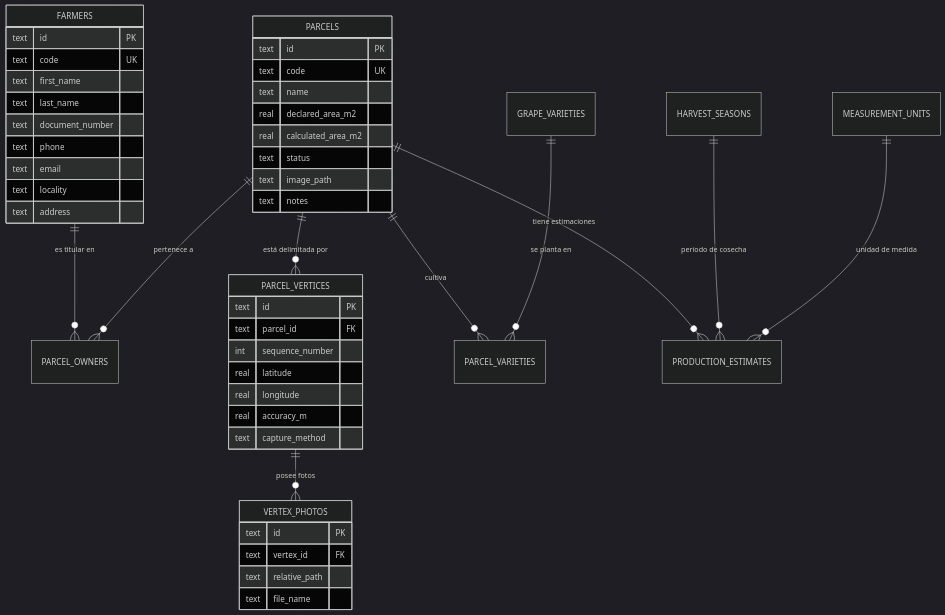
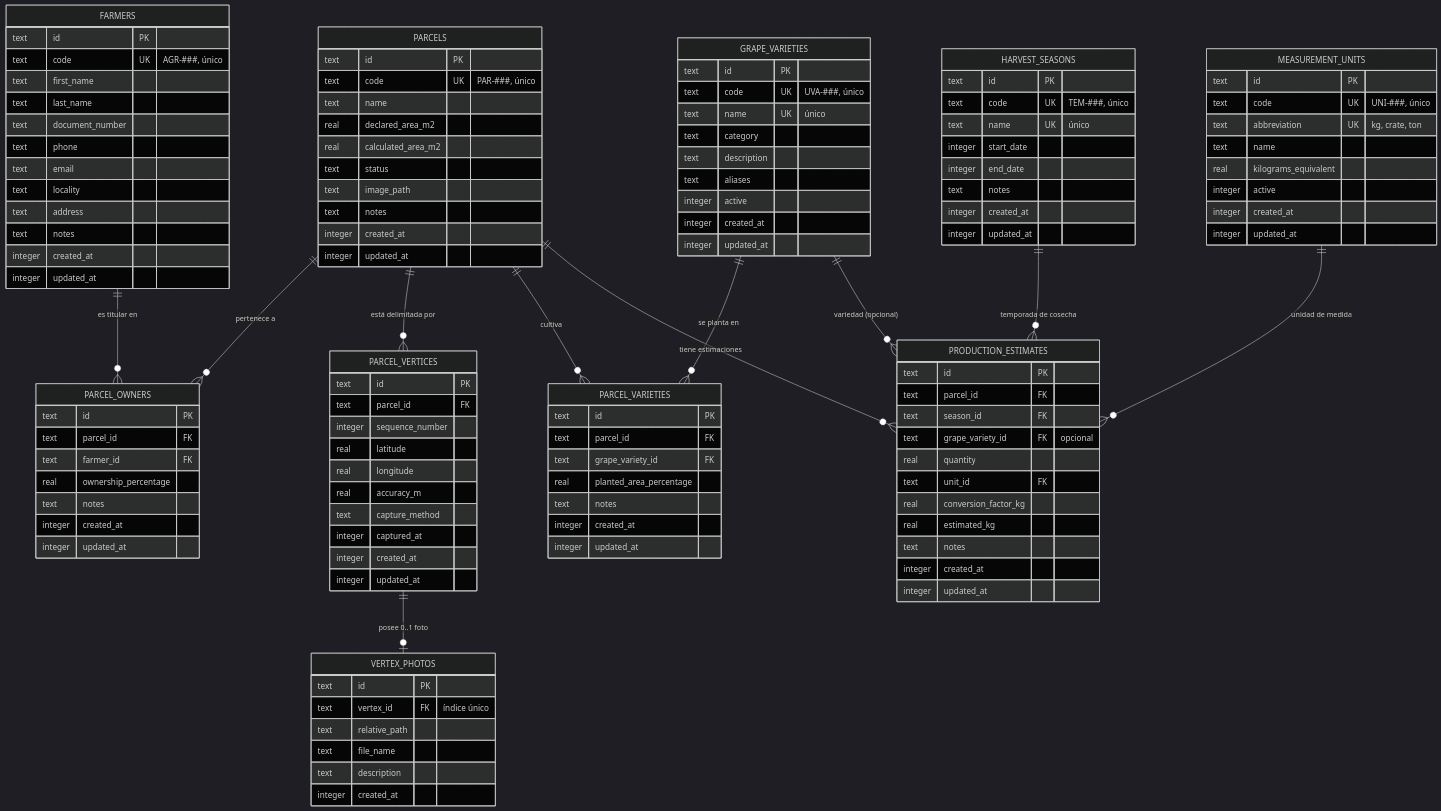
The diagram in README.md (ItsMeEli173/CatastroDemo), drawn with Mermaid (dark theme) before and after one commit. The commit also changed other lines of this file, not shown here.

````diff
--- a/README.md
+++ b/README.md
@@ -130,16 +138,17 @@
     FARMERS ||--o{ PARCEL_OWNERS : "es titular en"
     PARCELS ||--o{ PARCEL_OWNERS : "pertenece a"
     PARCELS ||--o{ PARCEL_VERTICES : "está delimitada por"
-    PARCEL_VERTICES ||--o{ VERTEX_PHOTOS : "posee fotos"
+    PARCEL_VERTICES ||--o| VERTEX_PHOTOS : "posee 0..1 foto"
     PARCELS ||--o{ PARCEL_VARIETIES : "cultiva"
     GRAPE_VARIETIES ||--o{ PARCEL_VARIETIES : "se planta en"
     PARCELS ||--o{ PRODUCTION_ESTIMATES : "tiene estimaciones"
-    HARVEST_SEASONS ||--o{ PRODUCTION_ESTIMATES : "período de cosecha"
+    HARVEST_SEASONS ||--o{ PRODUCTION_ESTIMATES : "temporada de cosecha"
     MEASUREMENT_UNITS ||--o{ PRODUCTION_ESTIMATES : "unidad de medida"
+    GRAPE_VARIETIES ||--o{ PRODUCTION_ESTIMATES : "variedad (opcional)"
 
     FARMERS {
         text id PK
-        text code UK
+        text code UK "AGR-###, único"
         text first_name
         text last_name
         text document_number
@@ -147,33 +156,111 @@
         text email
         text locality
         text address
+        text notes
+        integer created_at
+        integer updated_at
     }
 
     PARCELS {
         text id PK
-        text code UK
+        text code UK "PAR-###, único"
         text name
         real declared_area_m2
         real calculated_area_m2
         text status
         text image_path
         text notes
+        integer created_at
+        integer updated_at
+    }
+
+    PARCEL_OWNERS {
+        text id PK
+        text parcel_id FK
+        text farmer_id FK
+        real ownership_percentage
+        text notes
+        integer created_at
+        integer updated_at
     }
 
     PARCEL_VERTICES {
         text id PK
         text parcel_id FK
-        int sequence_number
+        integer sequence_number
         real latitude
         real longitude
         real accuracy_m
         text capture_method
+        integer captured_at
+        integer created_at
+        integer updated_at
     }
 
     VERTEX_PHOTOS {
         text id PK
-        text vertex_id FK
+        text vertex_id FK "índice único"
         text relative_path
         text file_name
+        text description
+        integer created_at
+    }
+
+    GRAPE_VARIETIES {
+        text id PK
+        text code UK "UVA-###, único"
+        text name UK "único"
+        text category
+        text description
+        text aliases
+        integer active
+        integer created_at
+        integer updated_at
+    }
+
+    PARCEL_VARIETIES {
+        text id PK
+        text parcel_id FK
+        text grape_variety_id FK
+        real planted_area_percentage
+        text notes
+        integer created_at
+        integer updated_at
+    }
+
+    HARVEST_SEASONS {
+        text id PK
+        text code UK "TEM-###, único"
+        text name UK "único"
+        integer start_date
+        integer end_date
+        text notes
+        integer created_at
+        integer updated_at
+    }
+
+    MEASUREMENT_UNITS {
+        text id PK
+        text code UK "UNI-###, único"
+        text abbreviation UK "kg, crate, ton"
+        text name
+        real kilograms_equivalent
+        integer active
+        integer created_at
+        integer updated_at
+    }
+
+    PRODUCTION_ESTIMATES {
+        text id PK
+        text parcel_id FK
+        text season_id FK
+        text grape_variety_id FK "opcional"
+        real quantity
+        text unit_id FK
+        real conversion_factor_kg
+        real estimated_kg
+        text notes
+        integer created_at
+        integer updated_at
     }
 ```
````
